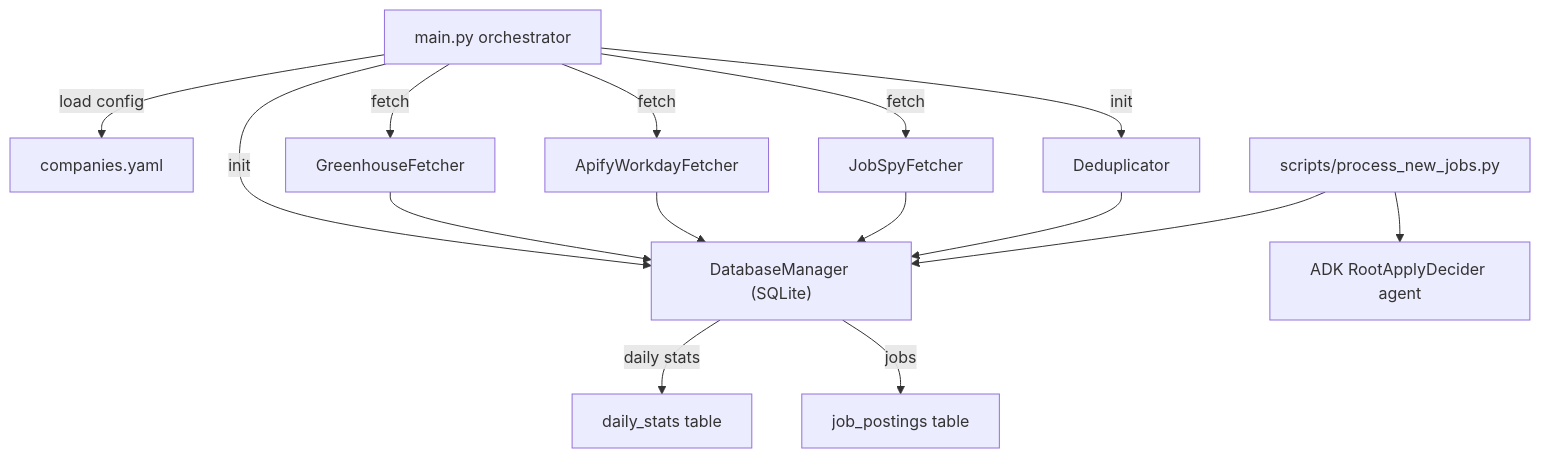
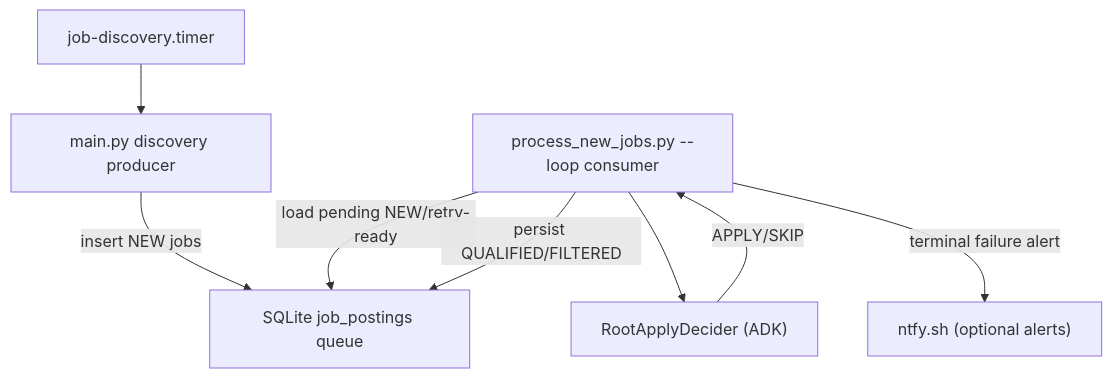
Before and after one commit to joeyspagnoli/agentic-job-applier: the diagram in .aqa/spec/architecture.md, drawn with Mermaid. The commit also changed other lines of this file and 49 other files, not shown here.

Commit message:
Job scraper and gate agent work together

````diff
--- a/.aqa/spec/architecture.md
+++ b/.aqa/spec/architecture.md
@@ -6,31 +9,17 @@
 ```mermaid
 flowchart TD
-    orchestrator["main.py orchestrator"]
-    config["companies.yaml"]
-    db["DatabaseManager (SQLite)"]
-    deduplicator["Deduplicator"]
-    greenhouse["GreenhouseFetcher"]
-    workday["ApifyWorkdayFetcher"]
-    jobspy["JobSpyFetcher"]
-    dailyStats["daily_stats table"]
-    jobPostings["job_postings table"]
-    processor["scripts/process_new_jobs.py"]
-    decider["ADK RootApplyDecider agent"]
+    timer["job-discovery.timer"]
+    discovery["main.py discovery producer"]
+    worker["process_new_jobs.py --loop consumer"]
+    db["SQLite job_postings queue"]
+    gate["RootApplyDecider (ADK)"]
+    ntfy["ntfy.sh (optional alerts)"]
 
-    orchestrator -->|load config| config
-    orchestrator -->|init| db
-    orchestrator -->|init| deduplicator
-    orchestrator -->|fetch| greenhouse
-    orchestrator -->|fetch| workday
-    orchestrator -->|fetch| jobspy
-
-    greenhouse --> db
-    workday --> db
-    jobspy --> db
-    deduplicator --> db
-    db -->|daily stats| dailyStats
-    db -->|jobs| jobPostings
-
-    processor --> db
-    processor --> decider
+    timer --> discovery
+    discovery -->|insert NEW jobs| db
+    worker -->|load pending NEW/retry-ready| db
+    worker --> gate
+    gate -->|APPLY/SKIP| worker
+    worker -->|persist QUALIFIED/FILTERED| db
+    worker -->|terminal failure alert| ntfy
 ```
````
